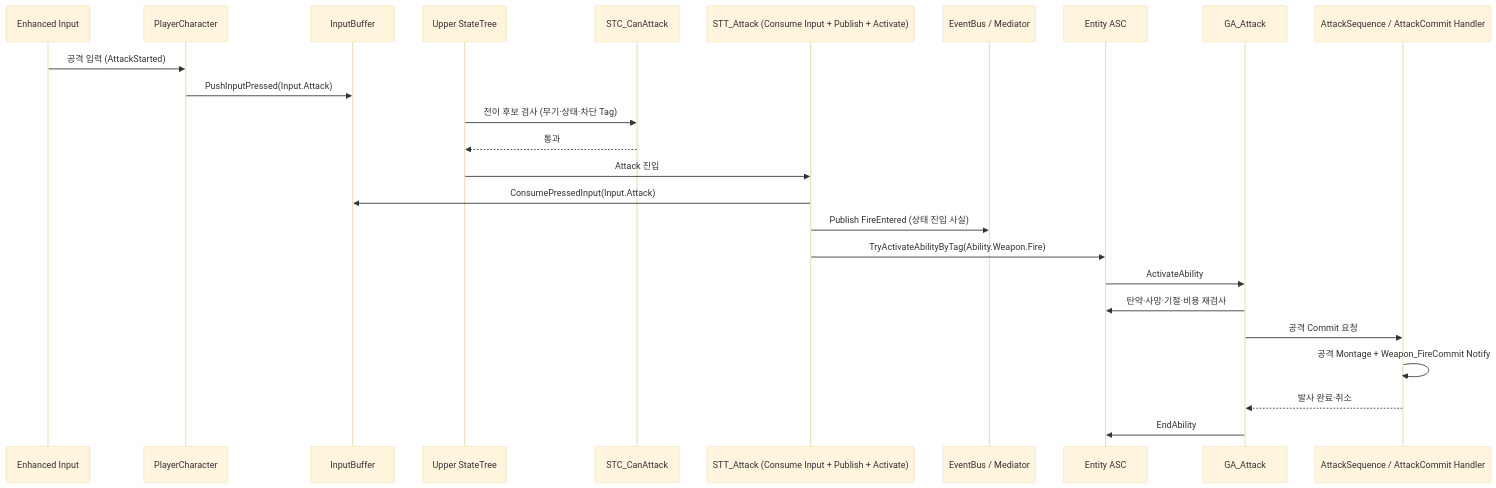
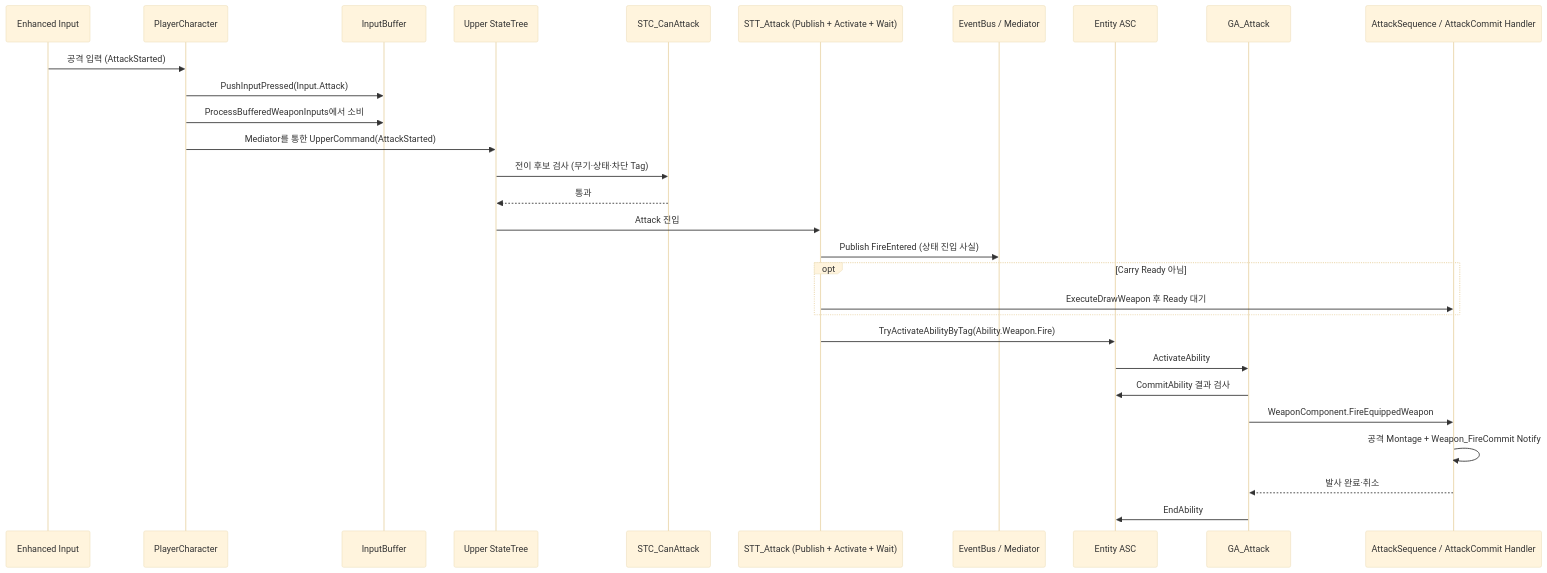
The diagram in Wiki/03_시스템 설계/StateTree와 GAS.md (liang2papa/Astra_Docs), drawn with Mermaid (base theme) before and after one commit. The commit also changed other lines of this file and 49 other files, not shown here.

````diff
--- a/Wiki/03_시스템 설계/StateTree와 GAS.md
+++ b/Wiki/03_시스템 설계/StateTree와 GAS.md
@@ -118,28 +124,32 @@
 ```mermaid
 sequenceDiagram
     participant Input as Enhanced Input
     participant Character as PlayerCharacter
     participant Buffer as InputBuffer
     participant Upper as Upper StateTree
     participant STC as STC_CanAttack
-    participant Task as STT_Attack (Consume Input + Publish + Activate)
+    participant Task as STT_Attack (Publish + Activate + Wait)
     participant Bus as EventBus / Mediator
     participant ASC as Entity ASC
     participant GA as GA_Attack
     participant Handler as AttackSequence / AttackCommit Handler
 
     Input->>Character: 공격 입력 (AttackStarted)
     Character->>Buffer: PushInputPressed(Input.Attack)
+    Character->>Buffer: ProcessBufferedWeaponInputs에서 소비
+    Character->>Upper: Mediator를 통한 UpperCommand(AttackStarted)
     Upper->>STC: 전이 후보 검사 (무기·상태·차단 Tag)
     STC-->>Upper: 통과
     Upper->>Task: Attack 진입
-    Task->>Buffer: ConsumePressedInput(Input.Attack)
     Task->>Bus: Publish FireEntered (상태 진입 사실)
+    opt Carry Ready 아님
+        Task->>Handler: ExecuteDrawWeapon 후 Ready 대기
+    end
     Task->>ASC: TryActivateAbilityByTag(Ability.Weapon.Fire)
     ASC->>GA: ActivateAbility
-    GA->>ASC: 탄약·사망·기절·비용 재검사
-    GA->>Handler: 공격 Commit 요청
+    GA->>ASC: CommitAbility 결과 검사
+    GA->>Handler: WeaponComponent.FireEquippedWeapon
     Handler->>Handler: 공격 Montage + Weapon_FireCommit Notify
     Handler-->>GA: 발사 완료·취소
     GA->>ASC: EndAbility
 ```
````
